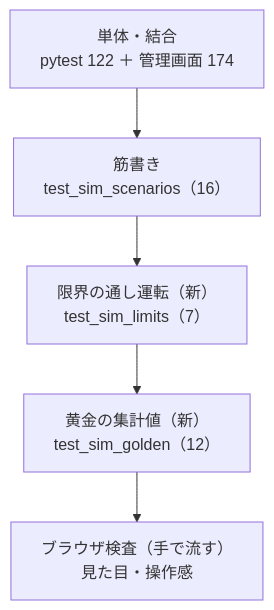
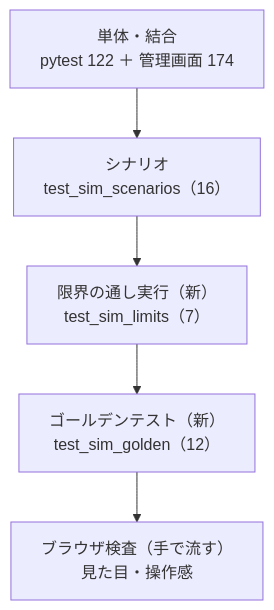
The sixth of 21 diagrams in docs/specs/experiments/live-trading.md (akiraak/ai-income-lab), drawn with Mermaid before and after one commit. The commit also changed other lines of this file and 45 other files, not shown here.

````diff
--- a/docs/specs/experiments/live-trading.md
+++ b/docs/specs/experiments/live-trading.md
@@ -647,7 +647,7 @@
 ```mermaid
 flowchart TD
-  U["単体・結合<br/>pytest 122 ＋ 管理画面 174"] --> S["筋書き<br/>test_sim_scenarios（16）"]
-  S --> L["限界の通し運転（新）<br/>test_sim_limits（7）"]
-  L --> G["黄金の集計値（新）<br/>test_sim_golden（12）"]
+  U["単体・結合<br/>pytest 122 ＋ 管理画面 174"] --> S["シナリオ<br/>test_sim_scenarios（16）"]
+  S --> L["限界の通し実行（新）<br/>test_sim_limits（7）"]
+  L --> G["ゴールデンテスト（新）<br/>test_sim_golden（12）"]
   G --> B["ブラウザ検査（手で流す）<br/>見た目・操作感"]
 ```
````
